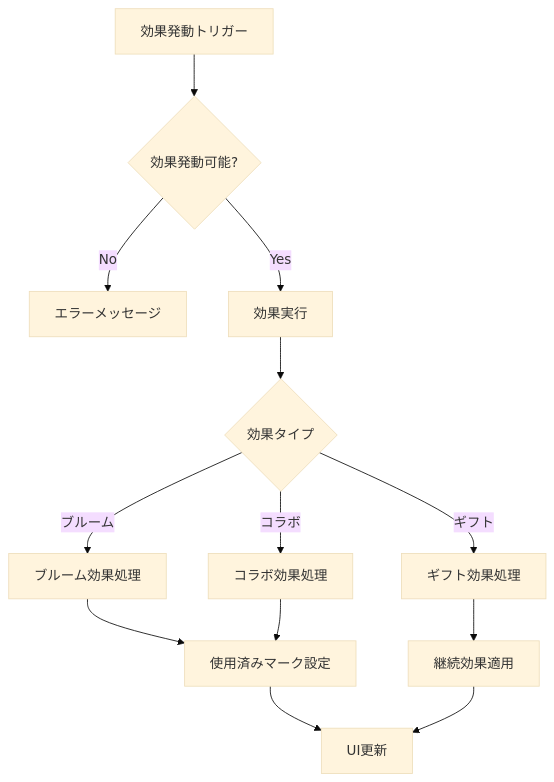
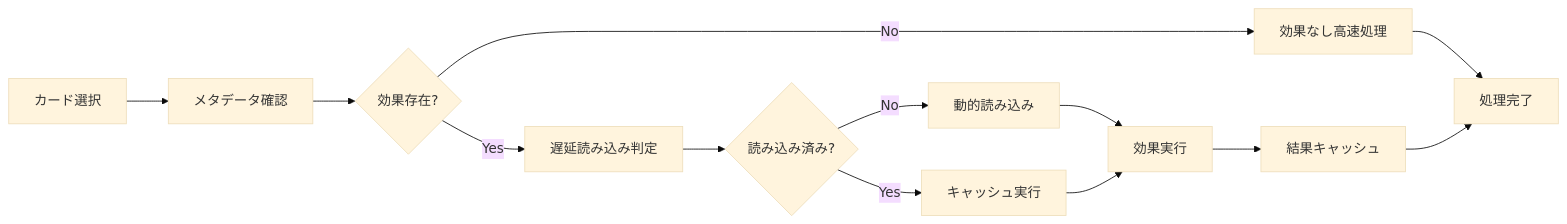
One commit to ikachan-desuyo/hololive_card_list_check changed diagram 20 of 21 in battle_simulator/docs/STATE_FLOW.md. Above: the diagram before and after it, drawn with Mermaid (base theme). The commit also changed other lines of this file and 10 other files, not shown here.

````diff
--- a/battle_simulator/docs/STATE_FLOW.md
+++ b/battle_simulator/docs/STATE_FLOW.md
@@ -200,15 +436,15 @@
 ```mermaid
-flowchart TD
-    A[効果発動トリガー] --> B{効果発動可能?}
-    B -->|No| C[エラーメッセージ]
-    B -->|Yes| D[効果実行]
-    D --> E{効果タイプ}
-    E -->|ブルーム| F[ブルーム効果処理]
-    E -->|コラボ| G[コラボ効果処理]
-    E -->|ギフト| H[ギフト効果処理]
-    F --> I[使用済みマーク設定]
+flowchart LR
+    A[カード選択] --> B[メタデータ確認]
+    B --> C{効果存在?}
+    C -->|No| D[効果なし高速処理]
+    C -->|Yes| E[遅延読み込み判定]
+    E --> F{読み込み済み?}
+    F -->|Yes| G[キャッシュ実行]
+    F -->|No| H[動的読み込み]
+    H --> I[効果実行]
     G --> I
-    H --> J[継続効果適用]
-    I --> K[UI更新]
+    I --> J[結果キャッシュ]
+    D --> K[処理完了]
     J --> K
 ```
````
